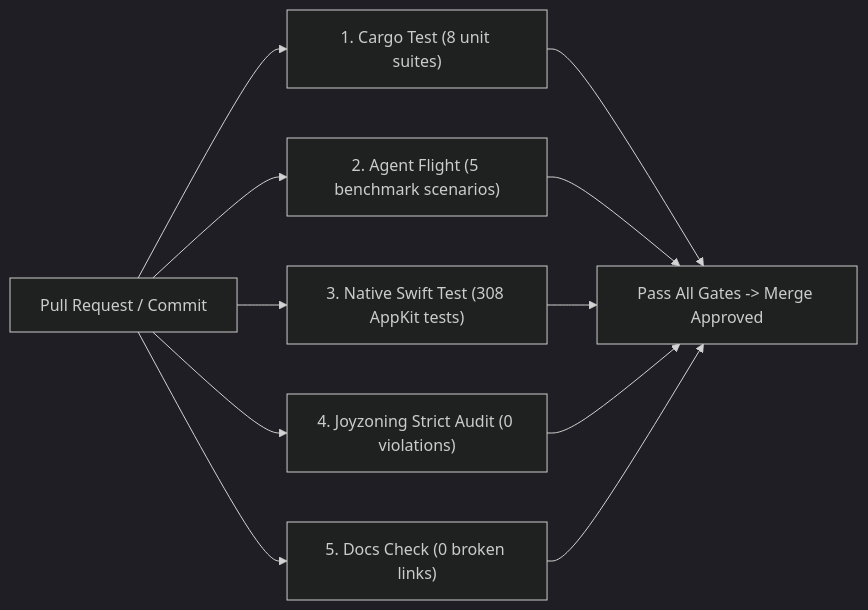
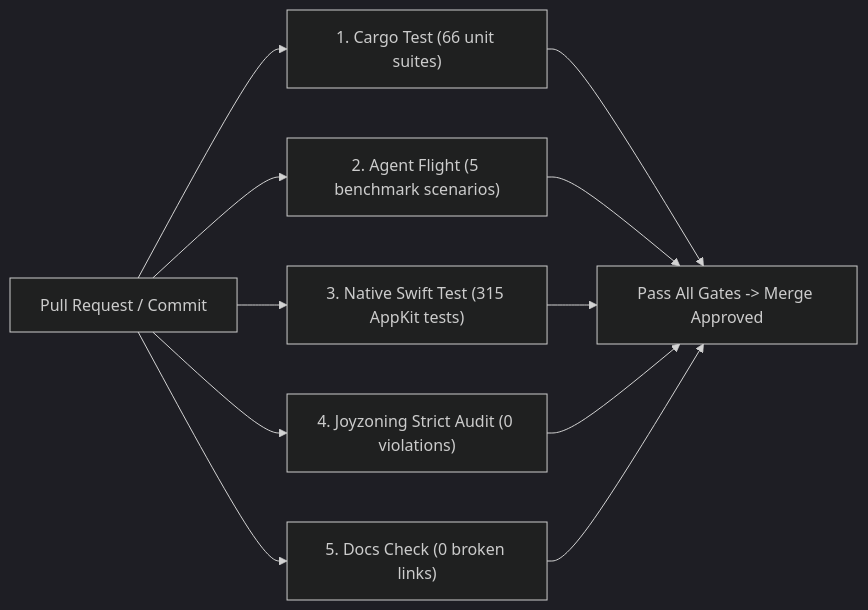
Before and after one commit to CardSorting/HEAV3NS-MICRO: the diagram in docs/CI_INTEGRATION.md, drawn with Mermaid (dark theme). The commit also changed other lines of this file and 24 other files, not shown here.

Commit message:
docs(architecture): complete documentation sync for Zenith pass (ADR-0012, ADR-0013, 70 modules, 66 Rust / 315 Swift tests, context HUD)

````diff
--- a/docs/CI_INTEGRATION.md
+++ b/docs/CI_INTEGRATION.md
@@ -19,13 +19,13 @@
 ```mermaid
 flowchart LR
-  PR["Pull Request / Commit"] --> TEST["1. Cargo Test (8 unit suites)"]
+  PR["Pull Request / Commit"] --> TEST["1. Cargo Test (66 unit suites)"]
   PR --> FLIGHT["2. Agent Flight (5 benchmark scenarios)"]
-  PR --> SWIFT["3. Native Swift Test (308 AppKit tests)"]
+  PR --> SWIFT["3. Native Swift Test (315 AppKit tests)"]
   PR --> JOY["4. Joyzoning Strict Audit (0 violations)"]
   PR --> DOCS["5. Docs Check (0 broken links)"]
   TEST --> GATE["Pass All Gates -> Merge Approved"]
   FLIGHT --> GATE
   SWIFT --> GATE
   JOY --> GATE
   DOCS --> GATE
 ```
````
